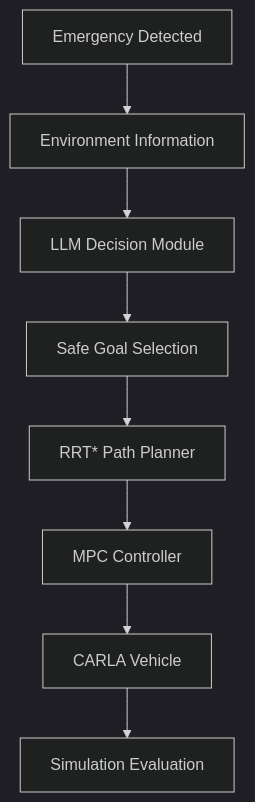
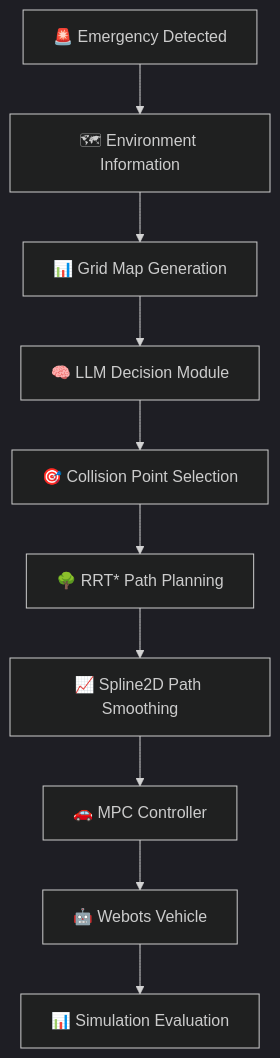
Before and after one commit to Giromi/Capstone2---Risk_Aware_Emergency_Planning: the diagram in README.md, drawn with Mermaid (dark theme). The commit also changed other lines of this file, not shown here.

````diff
--- a/README.md
+++ b/README.md
@@ -54,20 +29,24 @@
 ```mermaid
 flowchart TD
 
-A[Emergency Detected]
-B[Environment Information]
-C[LLM Decision Module]
-D[Safe Goal Selection]
-E[RRT* Path Planner]
-F[MPC Controller]
-G[CARLA Vehicle]
-H[Simulation Evaluation]
+A[🚨 Emergency Detected]
+B[🗺 Environment Information]
+C[📊 Grid Map Generation]
+D[🧠 LLM Decision Module]
+E[🎯 Collision Point Selection]
+F[🌳 RRT* Path Planning]
+G[📈 Spline2D Path Smoothing]
+H[🚗 MPC Controller]
+I[🤖 Webots Vehicle]
+J[📊 Simulation Evaluation]
 
 A --> B
 B --> C
 C --> D
 D --> E
 E --> F
 F --> G
 G --> H
+H --> I
+I --> J
 ```
````
